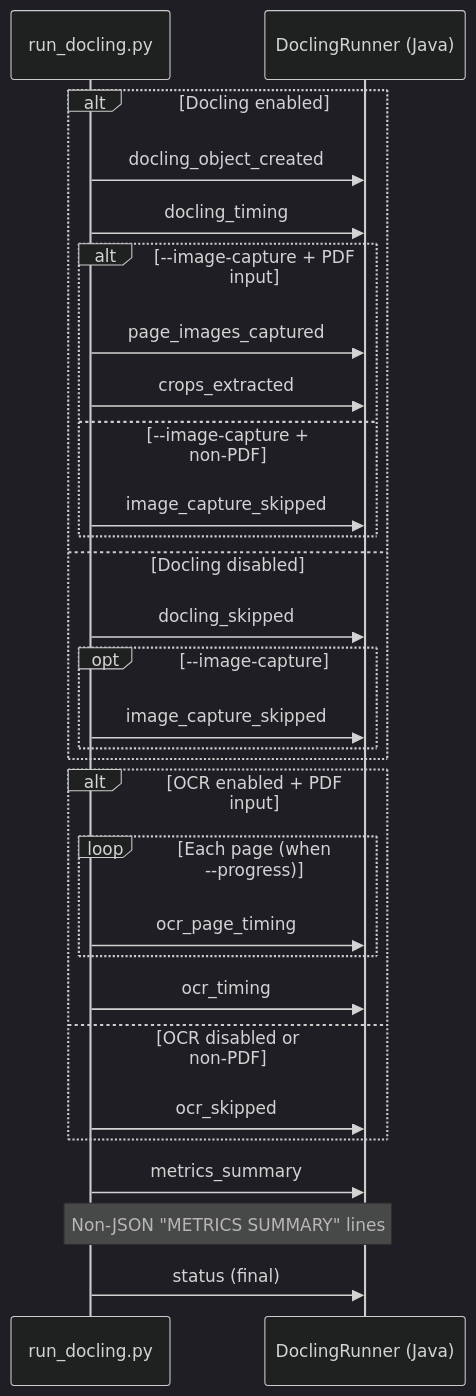
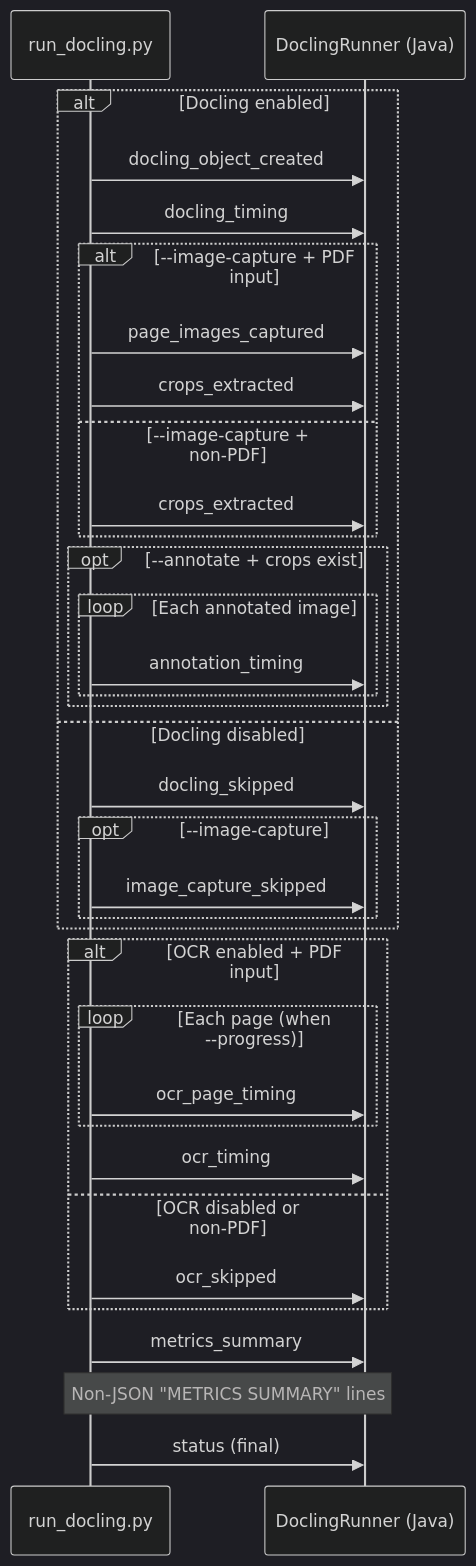
One commit to toribiodiego/estructura changed the diagram in docs/runner-protocol.md. Above: the diagram before and after it, drawn with Mermaid. The commit also changed other lines of this file and 2 other files, not shown here.

````diff
--- a/docs/runner-protocol.md
+++ b/docs/runner-protocol.md
@@ -21,35 +21,40 @@
 ```mermaid
 %%{init: {'theme':'dark'}}%%
 sequenceDiagram
     participant R as run_docling.py
     participant J as DoclingRunner (Java)
 
     alt Docling enabled
         R->>J: docling_object_created
         R->>J: docling_timing
         alt --image-capture + PDF input
             R->>J: page_images_captured
             R->>J: crops_extracted
         else --image-capture + non-PDF
-            R->>J: image_capture_skipped
+            R->>J: crops_extracted
+        end
+        opt --annotate + crops exist
+            loop Each annotated image
+                R->>J: annotation_timing
+            end
         end
     else Docling disabled
         R->>J: docling_skipped
         opt --image-capture
             R->>J: image_capture_skipped
         end
     end
 
     alt OCR enabled + PDF input
         loop Each page (when --progress)
             R->>J: ocr_page_timing
         end
         R->>J: ocr_timing
     else OCR disabled or non-PDF
         R->>J: ocr_skipped
     end
 
     R->>J: metrics_summary
     Note over R,J: Non-JSON "METRICS SUMMARY" lines
     R->>J: status (final)
 ```
````
